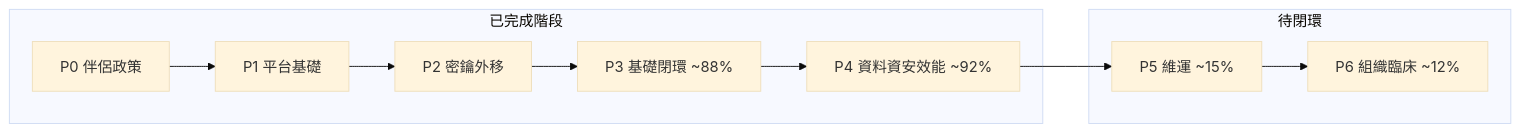
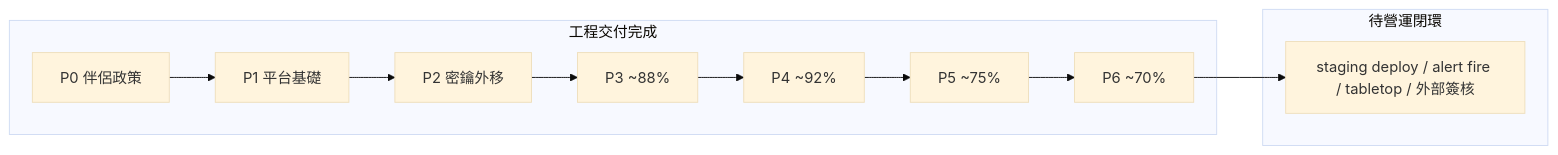
The diagram in docs/governance/governance-matrix.md (Raven777494/vita_jul2026), drawn with Mermaid (base theme) before and after one commit. The commit also changed other lines of this file, not shown here.

````diff
--- a/docs/governance/governance-matrix.md
+++ b/docs/governance/governance-matrix.md
@@ -35,15 +37,16 @@
 ```mermaid
 flowchart LR
-  subgraph done [已完成階段]
+  subgraph done [工程交付完成]
     P0[P0 伴侶政策]
     P1[P1 平台基礎]
     P2[P2 密鑰外移]
-    P3[P3 基礎閉環 ~88%]
-    P4[P4 資料資安效能 ~92%]
+    P3[P3 ~88%]
+    P4[P4 ~92%]
+    P5[P5 ~75%]
+    P6[P6 ~70%]
   end
-  subgraph next [待閉環]
-    P5[P5 維運 ~15%]
-    P6[P6 組織臨床 ~12%]
+  subgraph ops [待營運閉環]
+    OPS[staging deploy / alert fire / tabletop / 外部簽核]
   end
-  P0 --> P1 --> P2 --> P3 --> P4 --> P5 --> P6
+  P0 --> P1 --> P2 --> P3 --> P4 --> P5 --> P6 --> OPS
 ```
````
